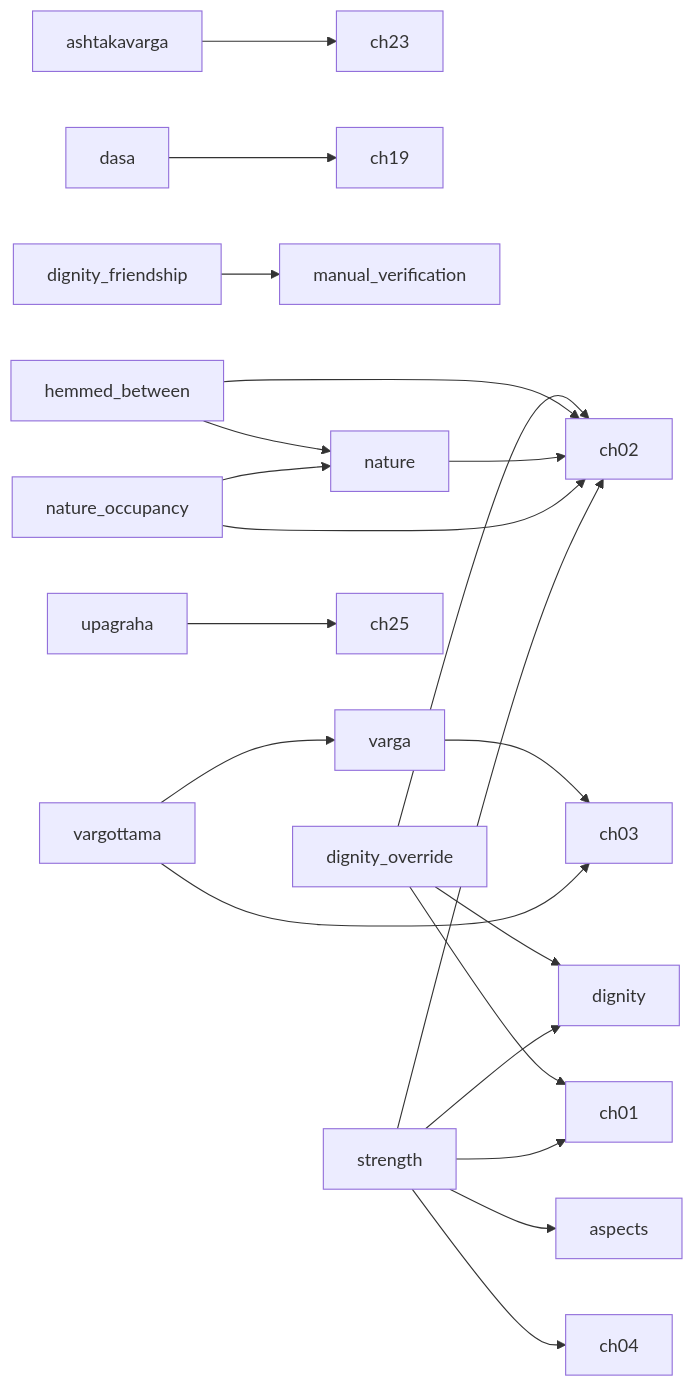
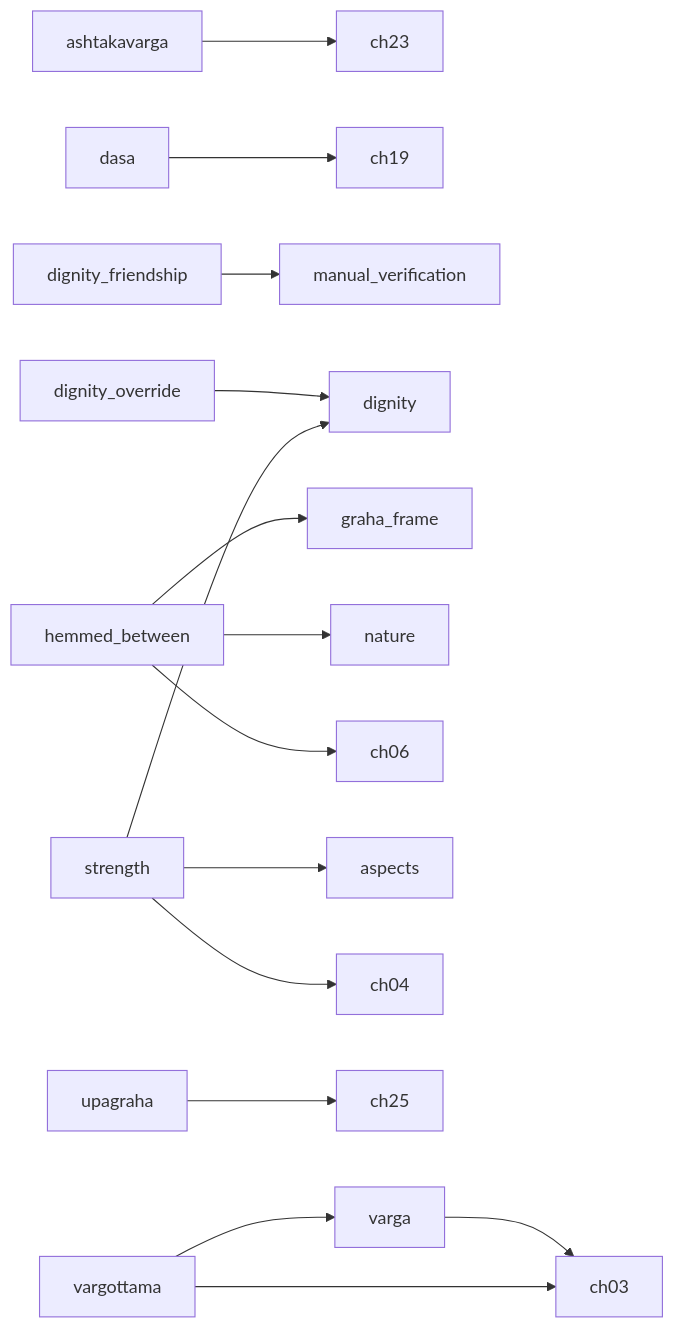
The diagram in Reports/PHASE3_PLAN.md (tarunrameshphotography/Vedic-AI), drawn with Mermaid before and after one commit. The commit also changed other lines of this file and 11 other files, not shown here.

````diff
--- a/Reports/PHASE3_PLAN.md
+++ b/Reports/PHASE3_PLAN.md
@@ -43,23 +37,17 @@
 ```mermaid
 graph LR
   ashtakavarga --> ch23
   dasa --> ch19
   dignity_friendship --> manual_verification
   dignity_override --> dignity
-  dignity_override --> ch01
-  dignity_override --> ch02
+  hemmed_between --> graha_frame
   hemmed_between --> nature
-  hemmed_between --> ch02
-  nature --> ch02
-  nature_occupancy --> nature
-  nature_occupancy --> ch02
+  hemmed_between --> ch06
   strength --> aspects
   strength --> dignity
-  strength --> ch01
-  strength --> ch02
   strength --> ch04
   upagraha --> ch25
   varga --> ch03
   vargottama --> varga
   vargottama --> ch03
 ```
````
